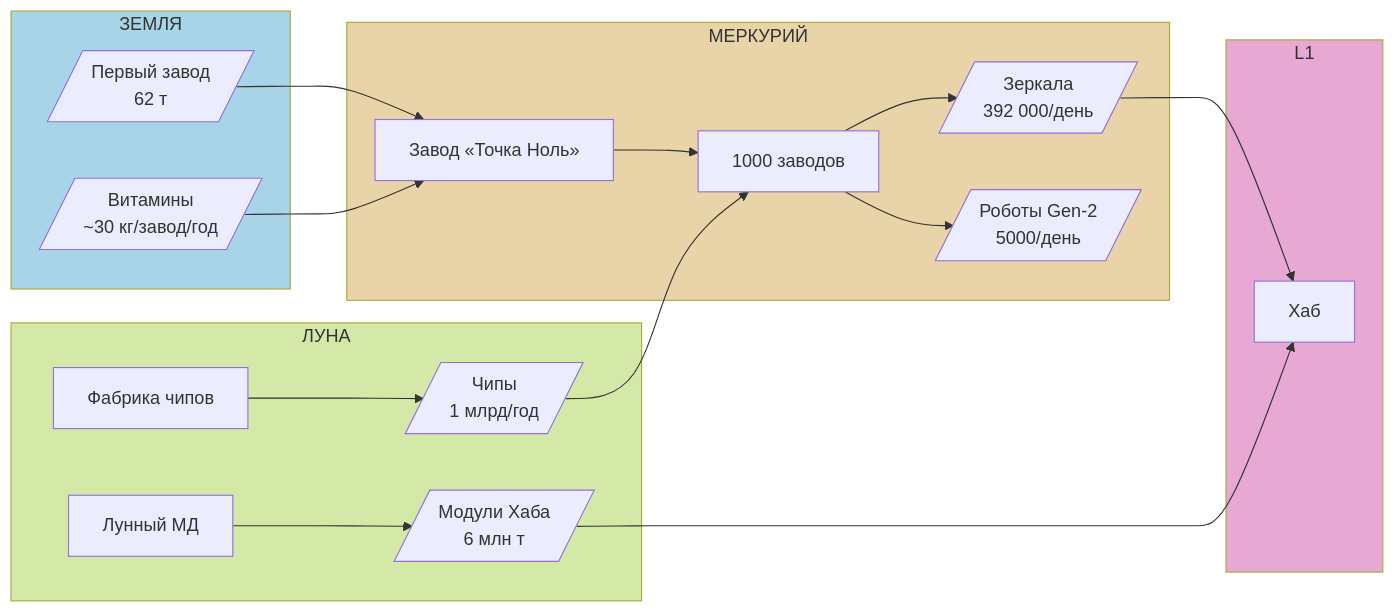
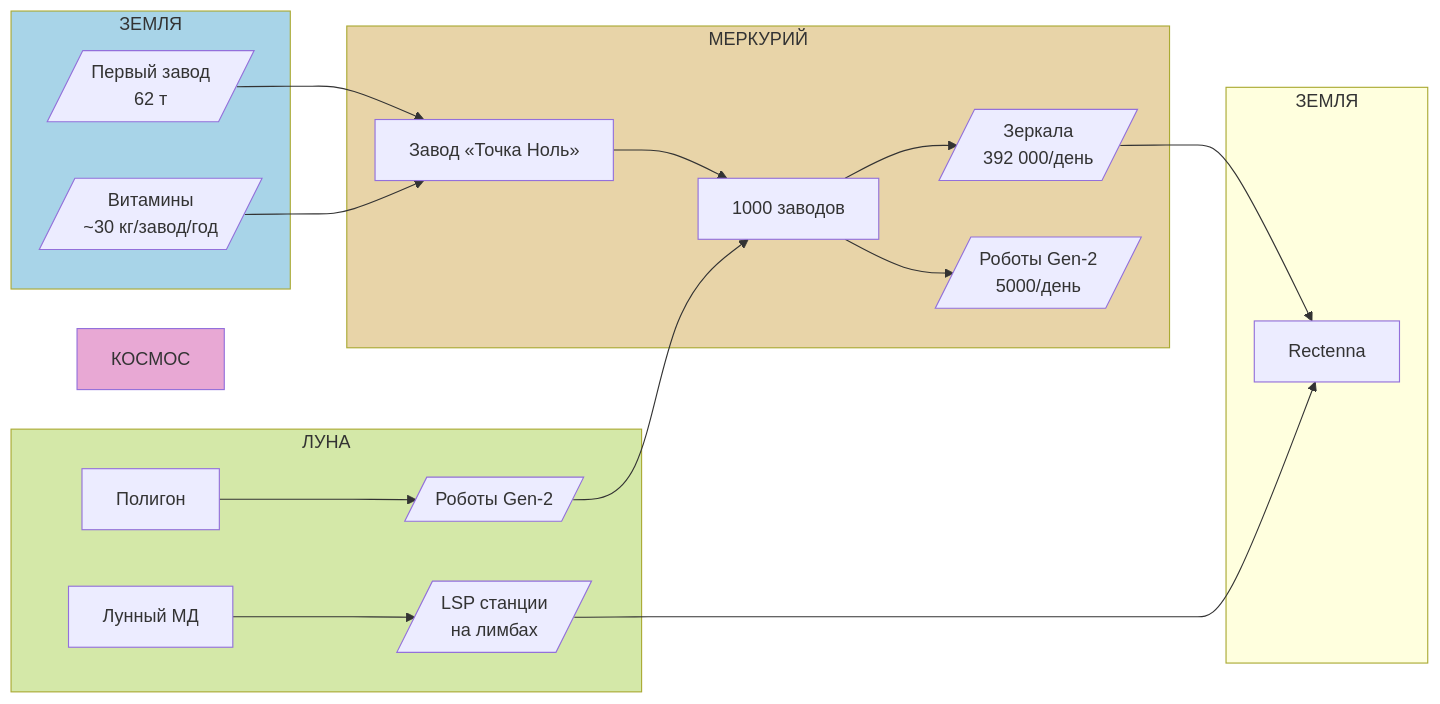
Before and after one commit to DmitryNasikanov/infinite-energy: the first of 4 diagrams in ru/science/production.qmd, drawn with Mermaid. The commit also changed other lines of this file and 1 other file, not shown here.

First line of the commit message:
Science: синхронизация данных — Хаб → LSP

````diff
--- a/ru/science/production.qmd
+++ b/ru/science/production.qmd
@@ -20,41 +20,41 @@
 ```{mermaid}
 flowchart LR
     subgraph ЗЕМЛЯ["ЗЕМЛЯ"]
         E1[/"Первый завод<br/>62 т"/]
         E2[/"Витамины<br/>~30 кг/завод/год"/]
     end
 
     subgraph МЕРКУРИЙ["МЕРКУРИЙ"]
         M1["Завод «Точка Ноль»"]
         M2["1000 заводов"]
         M3[/"Зеркала<br/>392 000/день"/]
         M4[/"Роботы Gen-2<br/>5000/день"/]
     end
 
     subgraph ЛУНА["ЛУНА"]
-        L1["Фабрика чипов"]
+        L1["Полигон"]
         L2["Лунный МД"]
-        L3[/"Чипы<br/>1 млрд/год"/]
-        L4[/"Модули Хаба<br/>6 млн т"/]
+        L3[/"Роботы Gen-2"/]
+        L4[/"LSP станции<br/>на лимбах"/]
     end
 
-    subgraph КОСМОС["L1"]
-        H1["Хаб"]
+    subgraph ЗЕМЛЯ2["ЗЕМЛЯ"]
+        H1["Rectenna"]
     end
 
     E1 --> M1
     E2 --> M1
     M1 --> M2
     M2 --> M3
     M2 --> M4
     M3 --> H1
     L1 --> L3
     L3 --> M2
     L2 --> L4
     L4 --> H1
 
     style ЗЕМЛЯ fill:#a8d4e8
     style МЕРКУРИЙ fill:#e8d4a8
     style ЛУНА fill:#d4e8a8
     style КОСМОС fill:#e8a8d4
 ```
````
